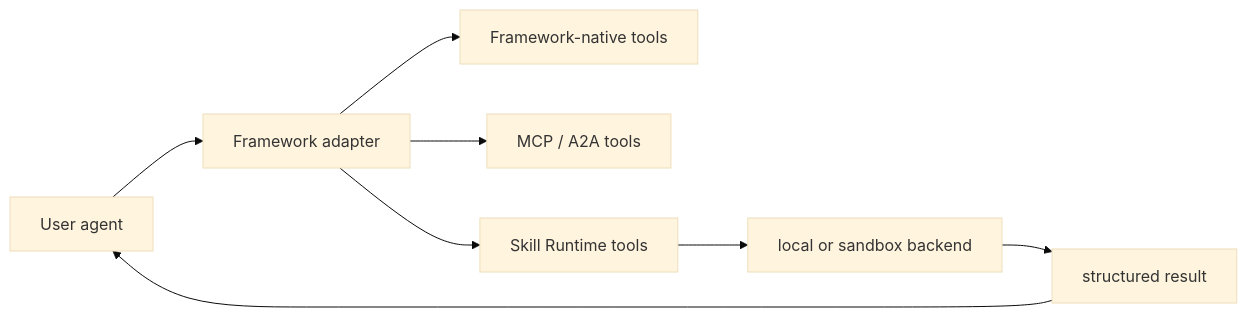
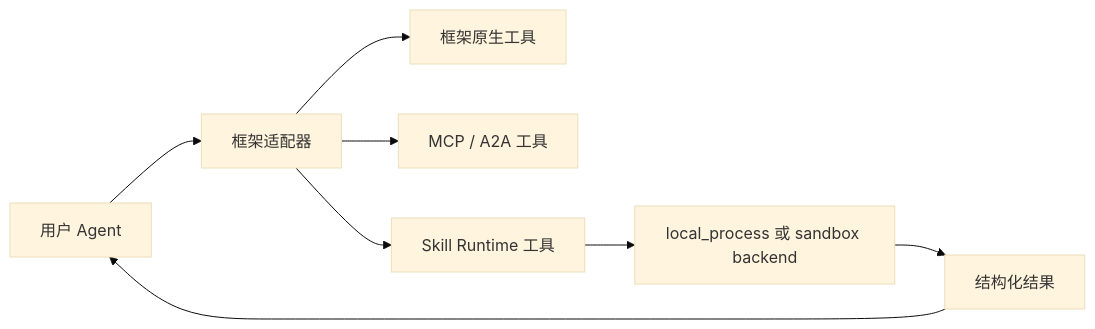
Before and after one commit to kingsoftcloud/ksadk-python: the first of 3 diagrams in public-docs/guides/tools-and-skill-runtime.md, drawn with Mermaid (base theme). The commit also changed other lines of this file and 107 other files, not shown here.

````diff
--- a/public-docs/guides/tools-and-skill-runtime.md
+++ b/public-docs/guides/tools-and-skill-runtime.md
@@ -10,10 +9,10 @@
 ```mermaid
 flowchart LR
-  Agent["User agent"] --> Framework["Framework adapter"]
-  Framework --> Builtin["Framework-native tools"]
-  Framework --> MCP["MCP / A2A tools"]
-  Framework --> Skill["Skill Runtime tools"]
-  Skill --> Backend["local or sandbox backend"]
-  Backend --> Result["structured result"]
+  Agent["用户 Agent"] --> Framework["框架适配器"]
+  Framework --> Builtin["框架原生工具"]
+  Framework --> MCP["MCP / A2A 工具"]
+  Framework --> Skill["Skill Runtime 工具"]
+  Skill --> Backend["local_process 或 sandbox backend"]
+  Backend --> Result["结构化结果"]
   Result --> Agent
 ```
````
